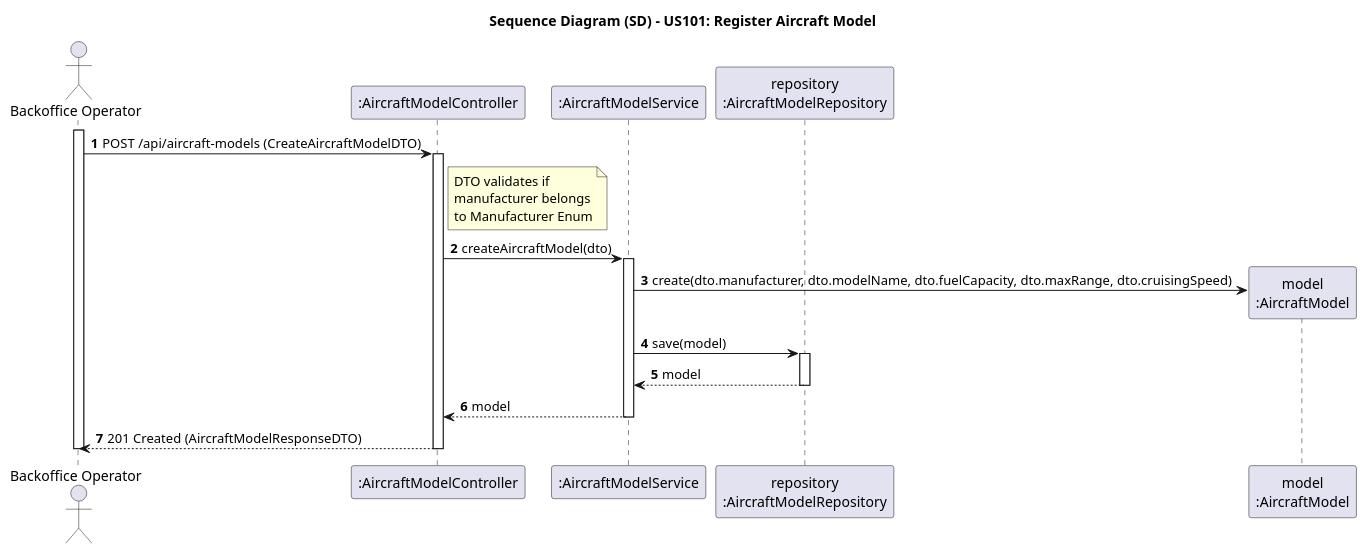
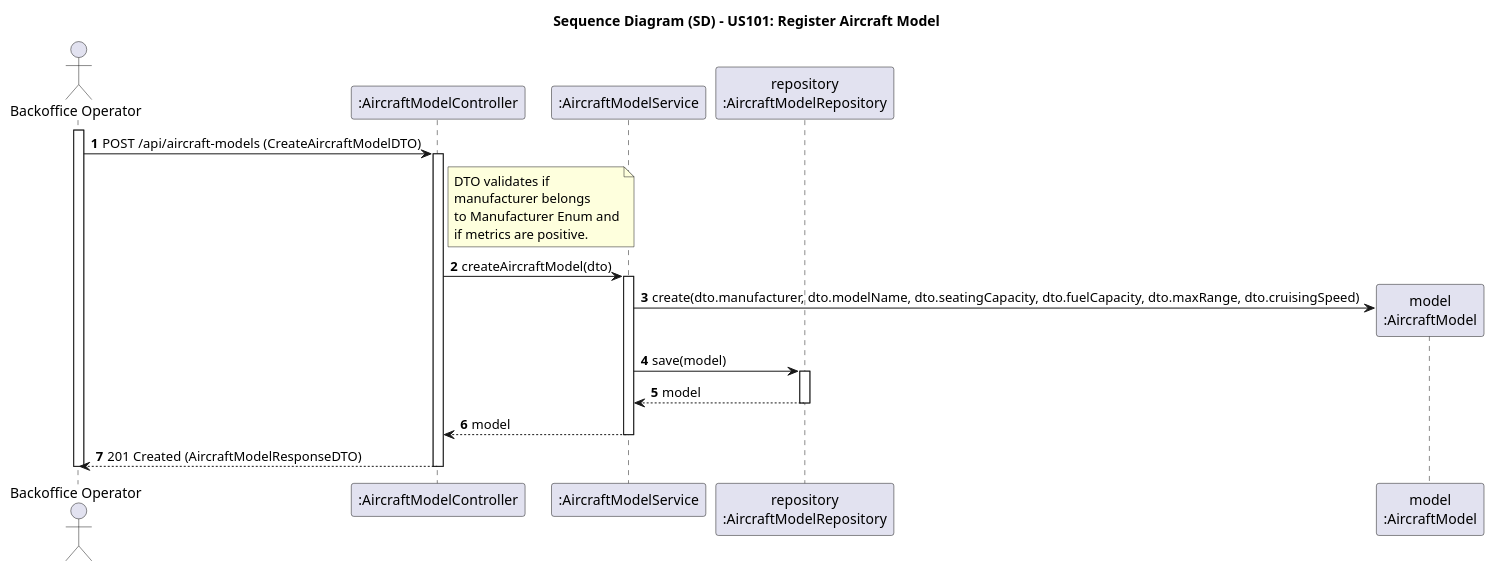
The diagram in docs/use-cases/WP#1A/US101/puml/US101-SD.puml (Andre-1240567/psoft2026_2DB_1240567_1241013_1240624), drawn with PlantUML before and after one commit. The commit also changed 26 other files, not shown here.

```diff
--- a/docs/use-cases/WP#1A/US101/puml/US101-SD.puml
+++ b/docs/use-cases/WP#1A/US101/puml/US101-SD.puml
@@ -1,35 +1,35 @@
 @startuml US101-SD
 autonumber
 title Sequence Diagram (SD) - US101: Register Aircraft Model
 
 actor "Backoffice Operator" as Admin
 participant ":AircraftModelController" as Ctrl
 participant ":AircraftModelService" as Service
 participant "repository\n:AircraftModelRepository" as Repo
 participant "model\n:AircraftModel" as Model
 
 activate Admin
 Admin -> Ctrl: POST /api/aircraft-models (CreateAircraftModelDTO)
 activate Ctrl
 
-note right of Ctrl: DTO validates if\nmanufacturer belongs\nto Manufacturer Enum
+note right of Ctrl: DTO validates if\nmanufacturer belongs\nto Manufacturer Enum and\nif metrics are positive.
 
 Ctrl -> Service: createAircraftModel(dto)
 activate Service
 
-' Criação da Entidade em memória
-Service -> Model**: create(dto.manufacturer, dto.modelName, dto.fuelCapacity, dto.maxRange, dto.cruisingSpeed)
 
-' Persistência na Base de Dados
+Service -> Model**: create(dto.manufacturer, dto.modelName, dto.seatingCapacity, dto.fuelCapacity, dto.maxRange, dto.cruisingSpeed)
+
+
 Service -> Repo: save(model)
 activate Repo
 Repo --> Service: model
 deactivate Repo
 
 Service --> Ctrl: model
 deactivate Service
 
 Ctrl --> Admin: 201 Created (AircraftModelResponseDTO)
 deactivate Ctrl
 deactivate Admin
 @enduml
```
